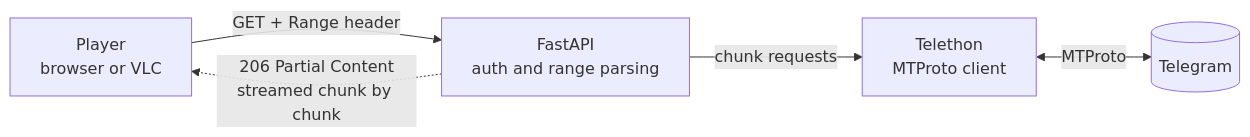
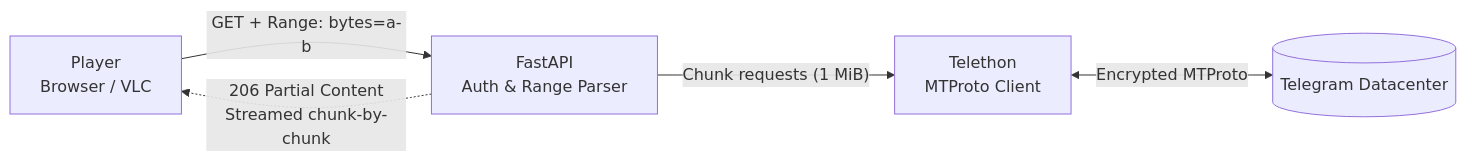
The second of 3 diagrams in README.md (acedev0/acedev0), drawn with Mermaid before and after one commit. The commit also changed other lines of this file and 1 other file, not shown here.

Commit message:
feat(profile): aesthetic overhaul with detailed SVG banner, AI/LLM highlights, and Mermaid pie chart

````diff
--- a/README.md
+++ b/README.md
@@ -135,7 +157,7 @@
 ```mermaid
 flowchart LR
-    A["Player<br/>browser or VLC"] -->|"GET + Range header"| B["FastAPI<br/>auth and range parsing"]
-    B -->|"chunk requests"| C["Telethon<br/>MTProto client"]
-    C <-->|"MTProto"| D[("Telegram")]
-    B -.->|"206 Partial Content<br/>streamed chunk by chunk"| A
+    A["Player<br/>Browser / VLC"] -->|"GET + Range: bytes=a-b"| B["FastAPI<br/>Auth &amp; Range Parser"]
+    B -->|"Chunk requests (1 MiB)"| C["Telethon<br/>MTProto Client"]
+    C <-->|"Encrypted MTProto"| D[("Telegram Datacenter")]
+    B -.->|"206 Partial Content<br/>Streamed chunk-by-chunk"| A
 ```
````
